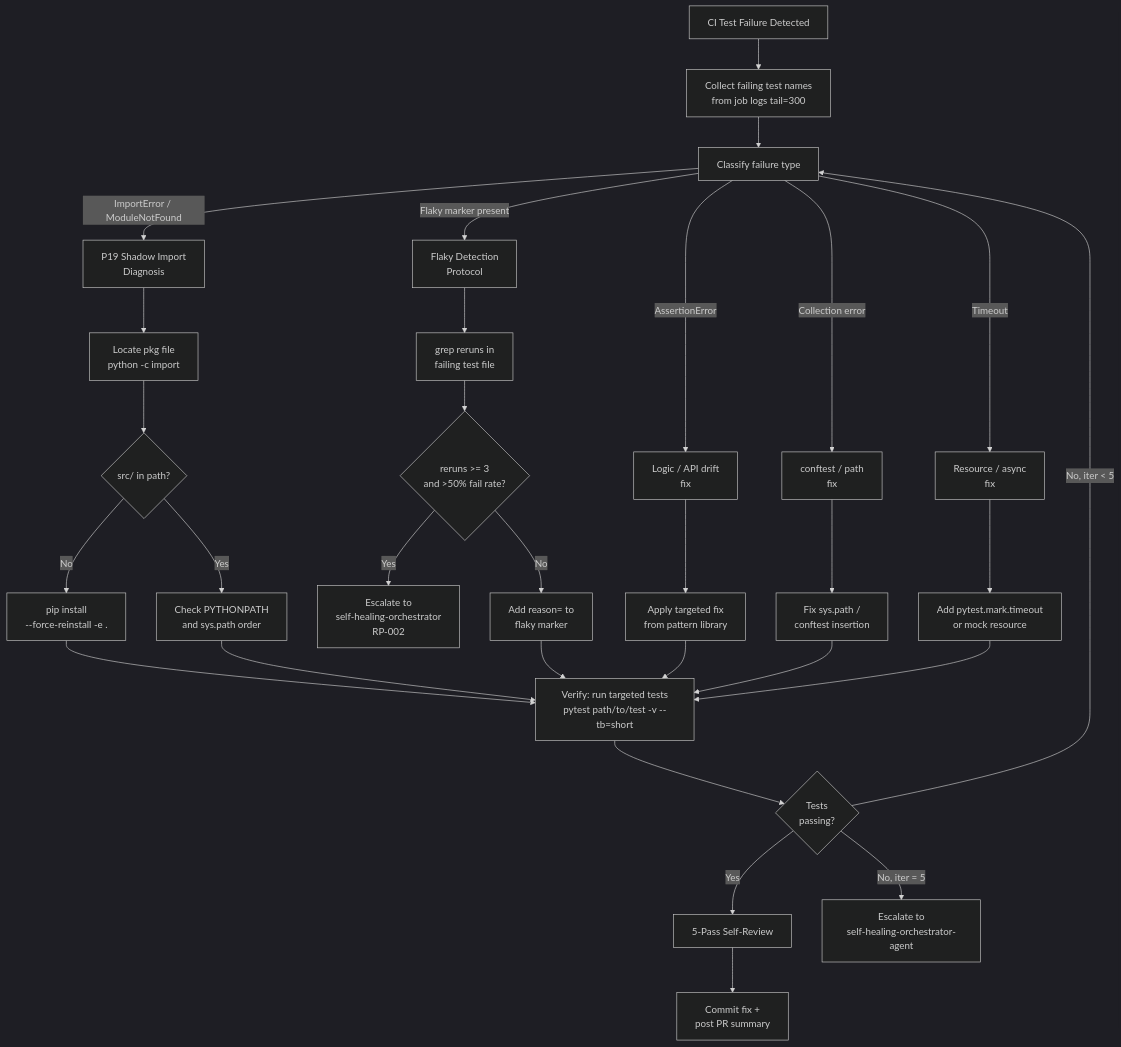
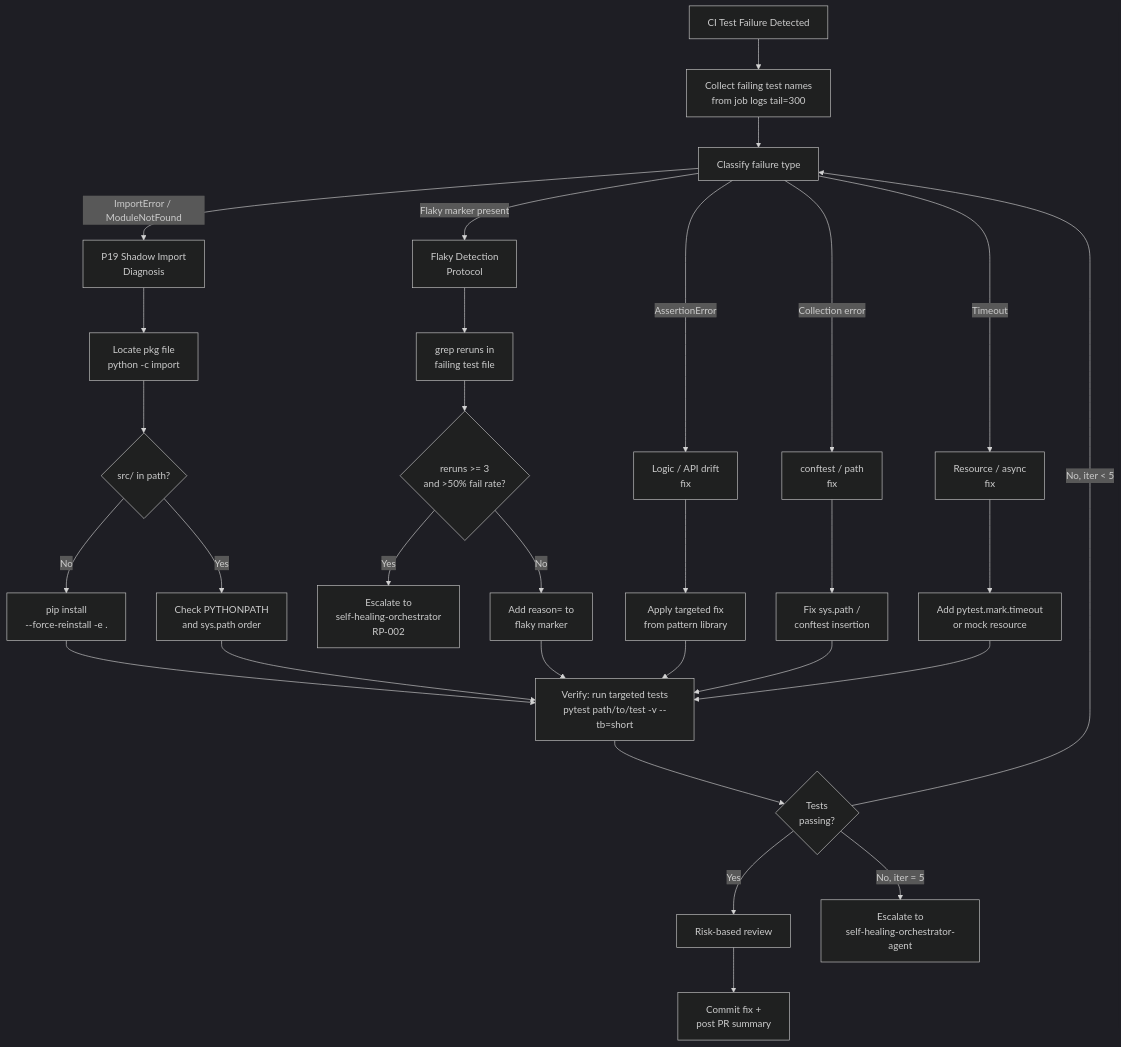
The second of 2 diagrams in .github/agents/autonomous-test-healer-agent.md (Aries-Serpent/_codex_), drawn with Mermaid (dark theme) before and after one commit. The commit also changed other lines of this file and 1196 other files, not shown here.

````diff
--- a/.github/agents/autonomous-test-healer-agent.md
+++ b/.github/agents/autonomous-test-healer-agent.md
@@ -359,59 +362,59 @@
 ```mermaid
 flowchart TD
     A[CI Test Failure Detected] --> B[Collect failing test names
 from job logs tail=300]
     B --> C[Classify failure type]
 
     C -->|ImportError / ModuleNotFound| D[P19 Shadow Import
 Diagnosis]
     C -->|AssertionError| E[Logic / API drift
 fix]
     C -->|Flaky marker present| F[Flaky Detection
 Protocol]
     C -->|Collection error| G[conftest / path
 fix]
     C -->|Timeout| H[Resource / async
 fix]
 
     D --> D1[Locate pkg file
 python -c import]
     D1 --> D2{src/ in path?}
     D2 -->|No| D3[pip install
 --force-reinstall -e .]
     D2 -->|Yes| D4[Check PYTHONPATH
 and sys.path order]
     D3 --> VERIFY
     D4 --> VERIFY
 
     F --> F1[grep reruns in
 failing test file]
     F1 --> F2{reruns >= 3
 and >50% fail rate?}
     F2 -->|Yes| F3[Escalate to
 self-healing-orchestrator
 RP-002]
     F2 -->|No| F4[Add reason= to
 flaky marker]
     F4 --> VERIFY
 
     E --> E1[Apply targeted fix
 from pattern library]
     E1 --> VERIFY
     G --> G1[Fix sys.path /
 conftest insertion]
     G1 --> VERIFY
     H --> H1[Add pytest.mark.timeout
 or mock resource]
     H1 --> VERIFY
 
     VERIFY[Verify: run targeted tests
 pytest path/to/test -v --tb=short] --> GATE{Tests
 passing?}
-    GATE -->|Yes| SELF_REVIEW[5-Pass Self-Review]
+    GATE -->|Yes| SELF_REVIEW[Risk-based review]
     GATE -->|No, iter < 5| C
     GATE -->|No, iter = 5| ESC[Escalate to
 self-healing-orchestrator-agent]
 
     SELF_REVIEW --> COMMIT[Commit fix +
 post PR summary]
 ```
````
